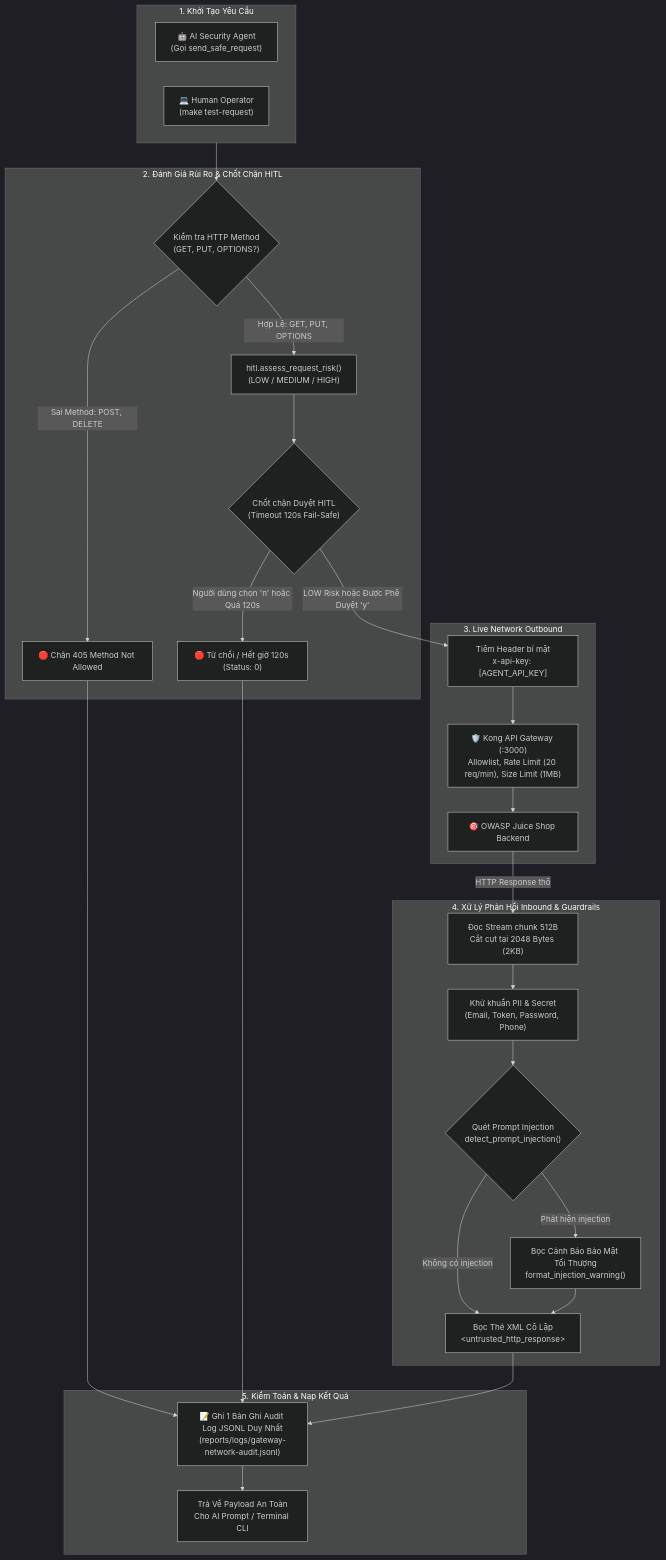
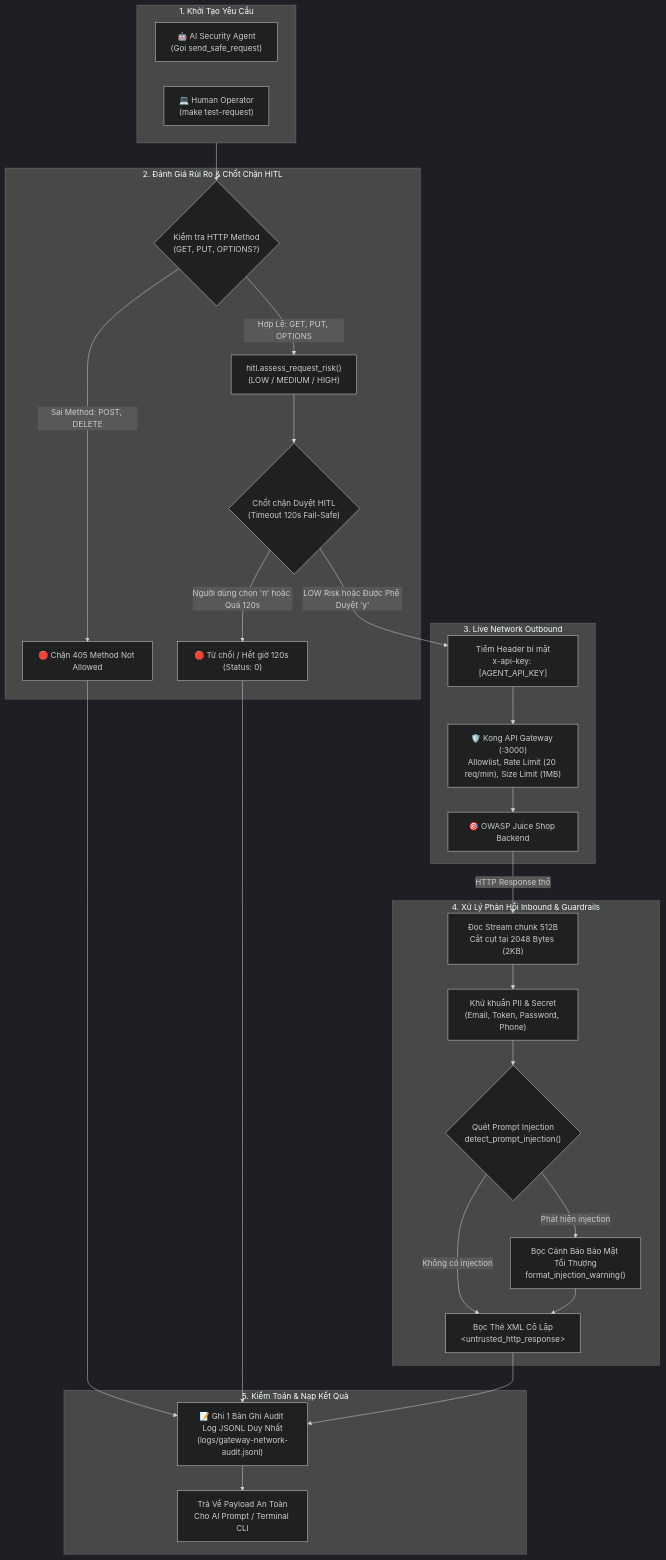
The diagram in docs/reports/week4/week-4-safe-requester-hitl-report.md (HuanNT03/2026-08-22_NguyenTienHuan_Week6), drawn with Mermaid (dark theme) before and after one commit. The commit also changed other lines of this file and 4 other files, not shown here.

Commit message:
fix(gateway): standardize audit log location to root logs directory

````diff
--- a/docs/reports/week4/week-4-safe-requester-hitl-report.md
+++ b/docs/reports/week4/week-4-safe-requester-hitl-report.md
@@ -18,51 +18,51 @@
 ```mermaid
 flowchart TD
     subgraph Trigger [1. Khởi Tạo Yêu Cầu]
         Agent["🤖 AI Security Agent<br/>(Gọi send_safe_request)"]
         CLI["💻 Human Operator<br/>(make test-request)"]
     end
 
     subgraph PreExecution [2. Đánh Giá Rủi Ro & Chốt Chặn HITL]
         MethodCheck{"Kiểm tra HTTP Method<br/>(GET, PUT, OPTIONS?)"}
         RiskEval["hitl.assess_request_risk()<br/>(LOW / MEDIUM / HIGH)"]
         HITLPrompt{"Chốt chặn Duyệt HITL<br/>(Timeout 120s Fail-Safe)"}
         Block405["🛑 Chặn 405 Method Not Allowed"]
         RejectHitl["🛑 Từ chối / Hết giờ 120s (Status: 0)"]
     end
 
     subgraph NetworkOutbound [3. Live Network Outbound]
         SecretInject["Tiêm Header bí mật<br/>x-api-key: [AGENT_API_KEY]"]
         KongGateway["🛡️ Kong API Gateway (:3000)<br/>Allowlist, Rate Limit (20 req/min), Size Limit (1MB)"]
         JuiceShop["🎯 OWASP Juice Shop Backend"]
     end
 
     subgraph InboundStream [4. Xử Lý Phản Hồi Inbound & Guardrails]
         ChunkRead["Đọc Stream chunk 512B<br/>Cắt cụt tại 2048 Bytes (2KB)"]
         MaskPII["Khử khuẩn PII & Secret<br/>(Email, Token, Password, Phone)"]
         ScanInjection{"Quét Prompt Injection<br/>detect_prompt_injection()"}
         WrapUntrusted["Bọc Thẻ XML Cô Lập<br/>&lt;untrusted_http_response&gt;"]
         WrapWarning["Bọc Cảnh Báo Bảo Mật Tối Thượng<br/>format_injection_warning()"]
     end
 
     subgraph AuditAndReturn [5. Kiểm Toán & Nạp Kết Quả]
-        AuditLogger["📝 Ghi 1 Bản Ghi Audit Log JSONL Duy Nhất<br/>(reports/logs/gateway-network-audit.jsonl)"]
+        AuditLogger["📝 Ghi 1 Bản Ghi Audit Log JSONL Duy Nhất<br/>(logs/gateway-network-audit.jsonl)"]
         ReturnSafe["Trả Về Payload An Toàn<br/>Cho AI Prompt / Terminal CLI"]
     end
 
     Trigger --> MethodCheck
     MethodCheck -->|Sai Method: POST, DELETE| Block405 --> AuditLogger
     MethodCheck -->|Hợp Lệ: GET, PUT, OPTIONS| RiskEval --> HITLPrompt
     
     HITLPrompt -->|Người dùng chọn 'n' hoặc Quá 120s| RejectHitl --> AuditLogger
     HITLPrompt -->|LOW Risk hoặc Được Phê Duyệt 'y'| SecretInject
     
     SecretInject --> KongGateway --> JuiceShop
     JuiceShop -->|HTTP Response thô| ChunkRead
     
     ChunkRead --> MaskPII --> ScanInjection
     ScanInjection -->|Không có injection| WrapUntrusted
     ScanInjection -->|Phát hiện injection| WrapWarning --> WrapUntrusted
     
     WrapUntrusted --> AuditLogger
     AuditLogger --> ReturnSafe
 ```
````
